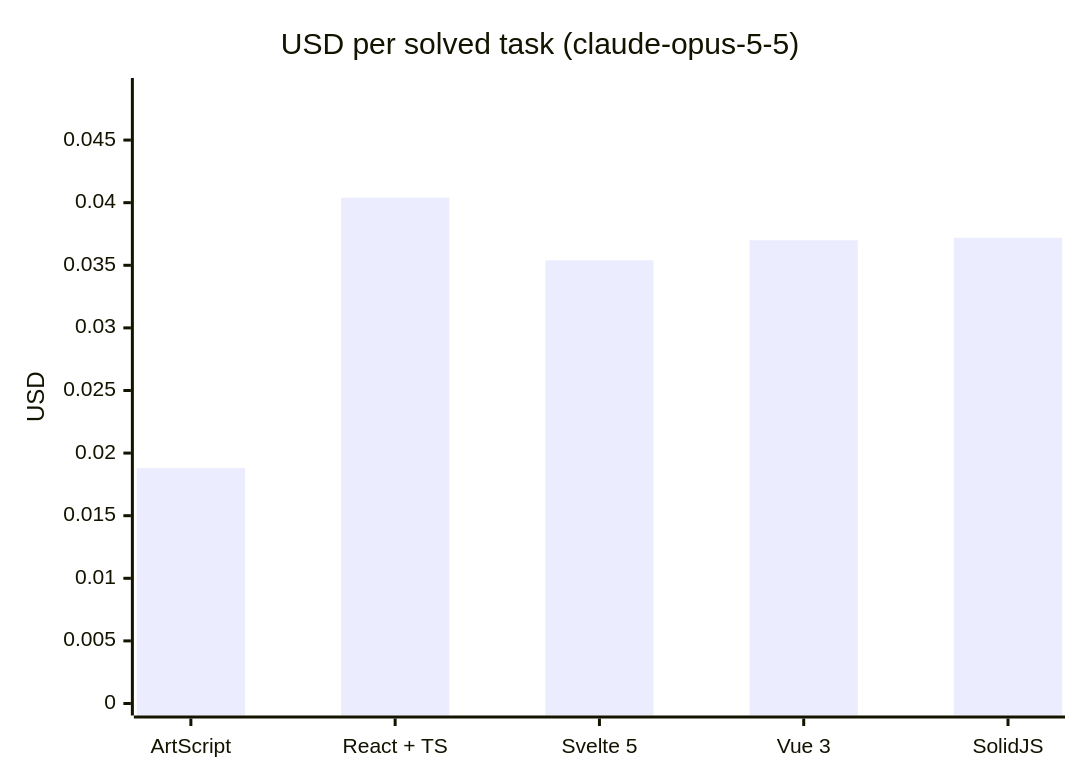
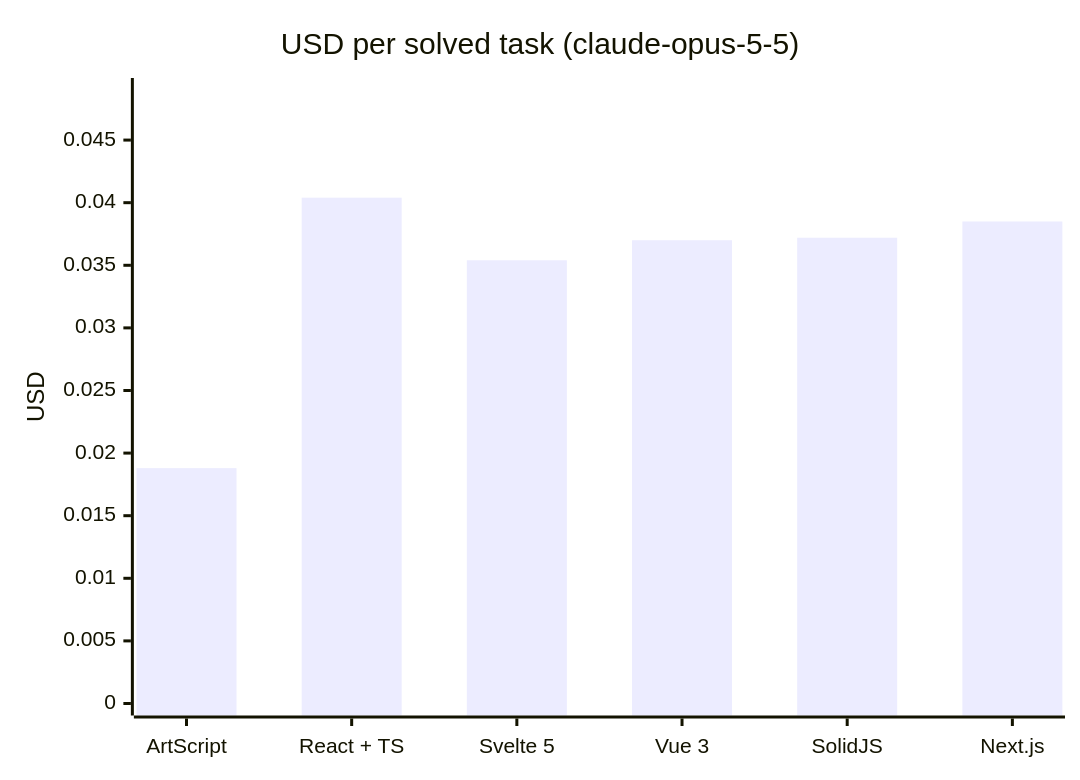
Before and after one commit to leb90/ArtScript: the third of 3 diagrams in README.md, drawn with Mermaid. The commit also changed other lines of this file and 18 other files, not shown here.

````diff
--- a/README.md
+++ b/README.md
@@ -435,7 +440,7 @@
 ```mermaid
 xychart-beta
     title "USD per solved task (claude-opus-5-5)"
-    x-axis ["ArtScript", "React + TS", "Svelte 5", "Vue 3", "SolidJS"]
+    x-axis ["ArtScript", "React + TS", "Svelte 5", "Vue 3", "SolidJS", "Next.js"]
     y-axis "USD" 0 --> 0.049
-    bar [0.0188, 0.0404, 0.0354, 0.0370, 0.0372]
+    bar [0.0188, 0.0404, 0.0354, 0.0370, 0.0372, 0.0385]
 ```
````
